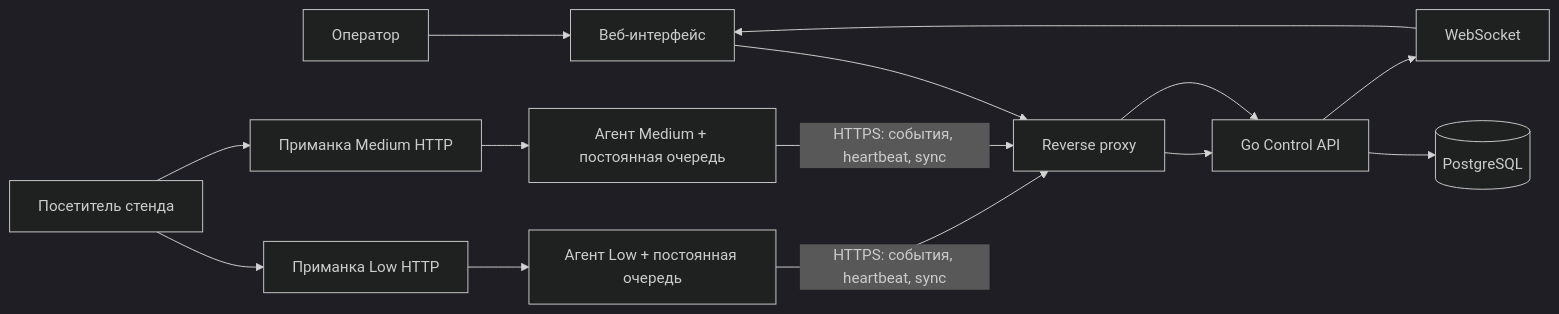
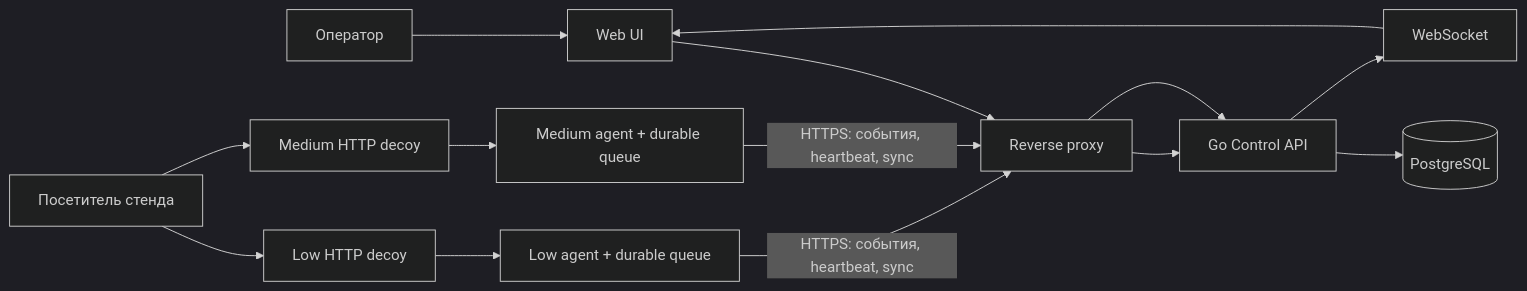
The diagram in README.md (fezonV/HoneyForge), drawn with Mermaid (dark theme) before and after one commit. The commit also changed other lines of this file and 161 other files, not shown here.

````diff
--- a/README.md
+++ b/README.md
@@ -34,16 +31,16 @@
 ```mermaid
 flowchart LR
-  Operator[Оператор] --> UI[Веб-интерфейс]
+  Operator[Оператор] --> UI[Web UI]
   UI --> Proxy[Reverse proxy]
   Proxy --> Control[Go Control API]
   Control --> DB[(PostgreSQL)]
   Control --> WS[WebSocket]
   WS --> UI
-  Visitor[Посетитель стенда] --> Low[Приманка Low HTTP]
-  Visitor --> Medium[Приманка Medium HTTP]
-  Low --> LowAgent[Агент Low + постоянная очередь]
-  Medium --> MediumAgent[Агент Medium + постоянная очередь]
+  Visitor[Посетитель стенда] --> Low[Low HTTP decoy]
+  Visitor --> Medium[Medium HTTP decoy]
+  Low --> LowAgent[Low agent + durable queue]
+  Medium --> MediumAgent[Medium agent + durable queue]
   LowAgent -->|HTTPS: события, heartbeat, sync| Proxy
   MediumAgent -->|HTTPS: события, heartbeat, sync| Proxy
   Proxy --> Control
 ```
````
